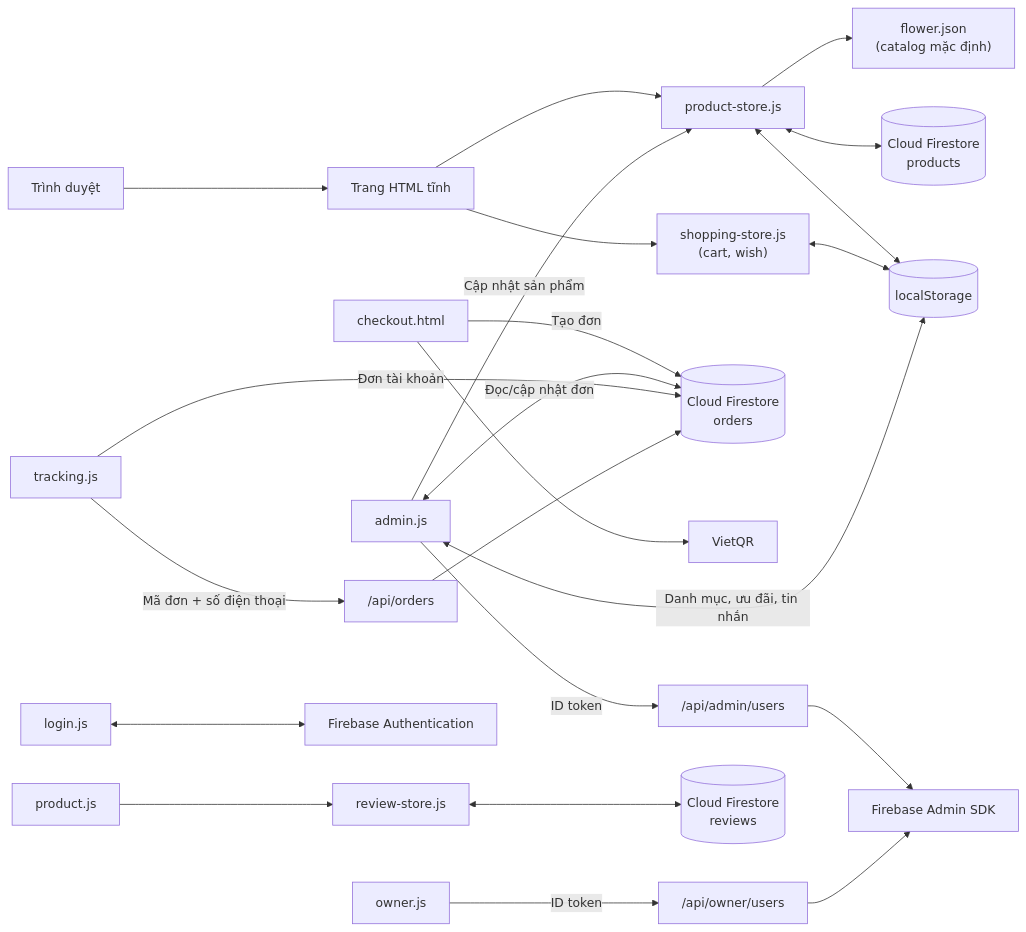
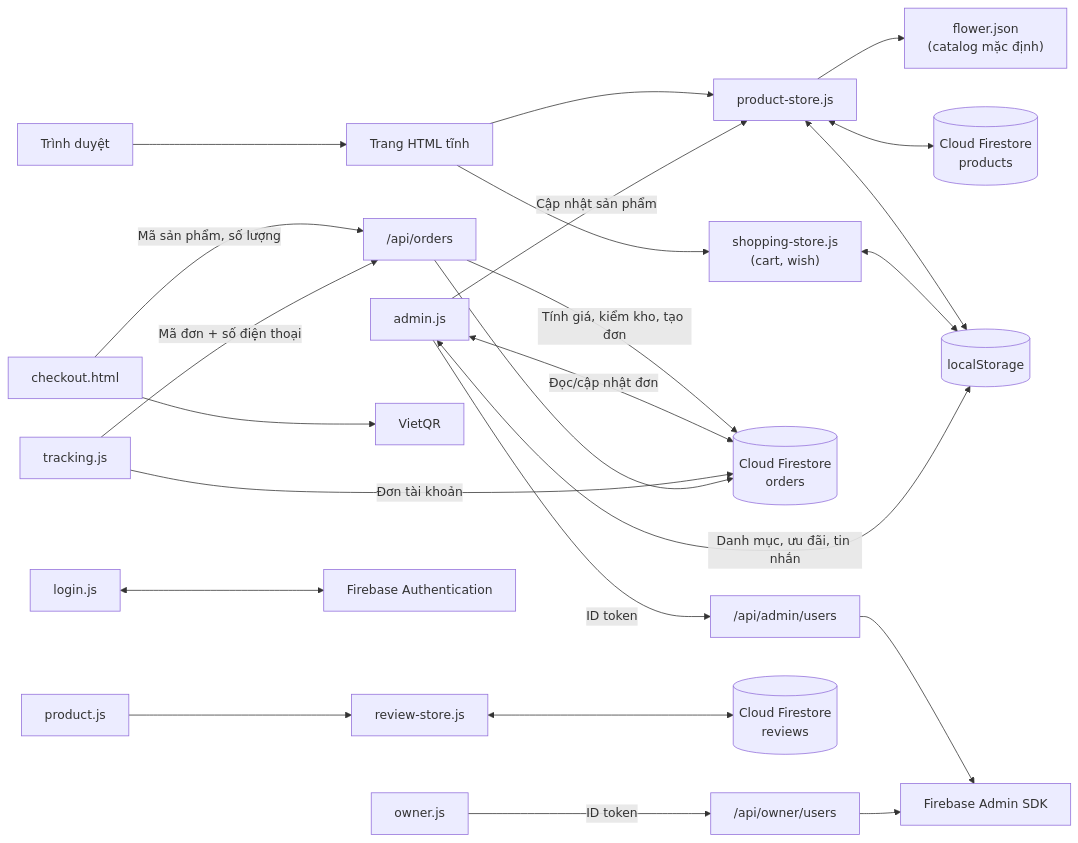
Before and after one commit to Longg5048/flower.com: the diagram in flower.com/README.md, drawn with Mermaid. The commit also changed other lines of this file and 9 other files, not shown here.

````diff
--- a/flower.com/README.md
+++ b/flower.com/README.md
@@ -14,22 +14,22 @@
 ```mermaid
 flowchart LR
     Browser[Trình duyệt] --> Pages[Trang HTML tĩnh]
     Pages --> Store["product-store.js"]
     Store --> Catalog["flower.json<br/>(catalog mặc định)"]
     Store <--> Firestore[(Cloud Firestore<br/>products)]
     Store <--> Cache[(localStorage)]
     Pages --> Shopping["shopping-store.js<br/>(cart, wish)"] <--> Cache
-    Checkout["checkout.html"] -->|Tạo đơn| Orders[(Cloud Firestore<br/>orders)]
+    Checkout["checkout.html"] -->|Mã sản phẩm, số lượng| OrderAPI["/api/orders"] -->|Tính giá, kiểm kho, tạo đơn| Orders[(Cloud Firestore<br/>orders)]
     Admin["admin.js"] <-->|Đọc/cập nhật đơn| Orders
     Tracking["tracking.js"] -->|Đơn tài khoản| Orders
-    Tracking -->|Mã đơn + số điện thoại| OrderAPI["/api/orders"] --> Orders
+    Tracking -->|Mã đơn + số điện thoại| OrderAPI --> Orders
     Checkout --> VietQR[VietQR]
     Admin["admin.js"] -->|Cập nhật sản phẩm| Store
     Admin <-->|Danh mục, ưu đãi, tin nhắn| Cache
     Admin -->|ID token| AdminAPI["/api/admin/users"]
     Owner["owner.js"] -->|ID token| OwnerAPI["/api/owner/users"]
     AdminAPI --> FirebaseAdmin[Firebase Admin SDK]
     OwnerAPI --> FirebaseAdmin
     Login["login.js"] <--> Auth[Firebase Authentication]
     Product["product.js"] --> Reviews["review-store.js"] <--> FsReviews[(Cloud Firestore<br/>reviews)]
 ```
````
